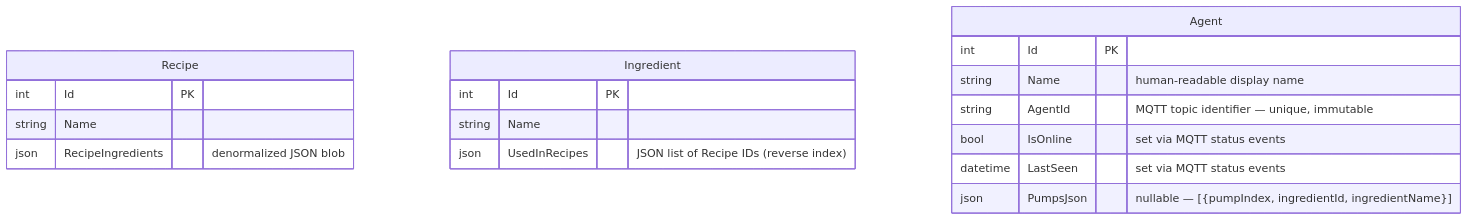
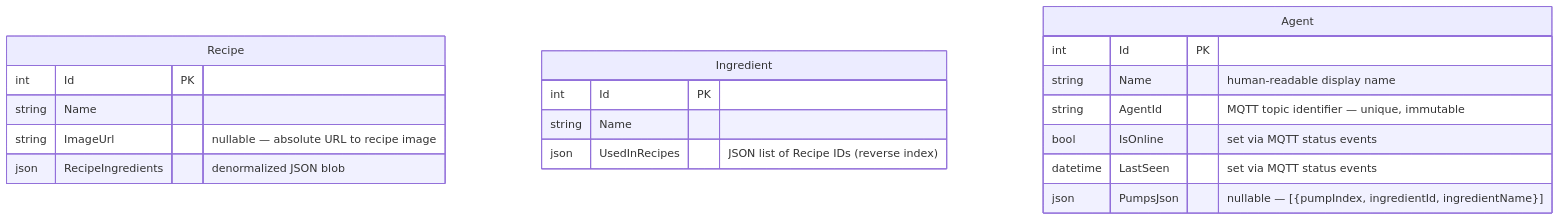
The eighth of 8 diagrams in docs/architecture.md (codeiakofficial/cocktailmaker), drawn with Mermaid before and after one commit. The commit also changed other lines of this file and 20 other files, not shown here.

First line of the commit message:
feat: background image picker, recipe images, and image upload API (#8)

````diff
--- a/docs/architecture.md
+++ b/docs/architecture.md
@@ -165,21 +165,22 @@
 ```mermaid
 erDiagram
     Recipe {
         int     Id                  PK
         string  Name
+        string  ImageUrl            "nullable — absolute URL to recipe image"
         json    RecipeIngredients   "denormalized JSON blob"
     }
     Ingredient {
         int     Id              PK
         string  Name
         json    UsedInRecipes   "JSON list of Recipe IDs (reverse index)"
     }
     Agent {
         int      Id          PK
         string   Name        "human-readable display name"
         string   AgentId     "MQTT topic identifier — unique, immutable"
         bool     IsOnline    "set via MQTT status events"
         datetime LastSeen    "set via MQTT status events"
         json     PumpsJson   "nullable — [{pumpIndex, ingredientId, ingredientName}]"
     }
 ```
````
